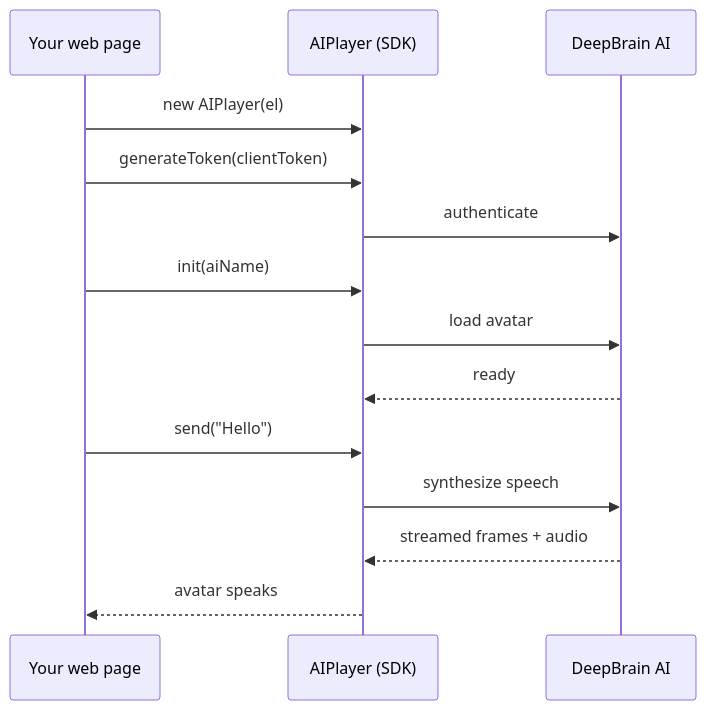
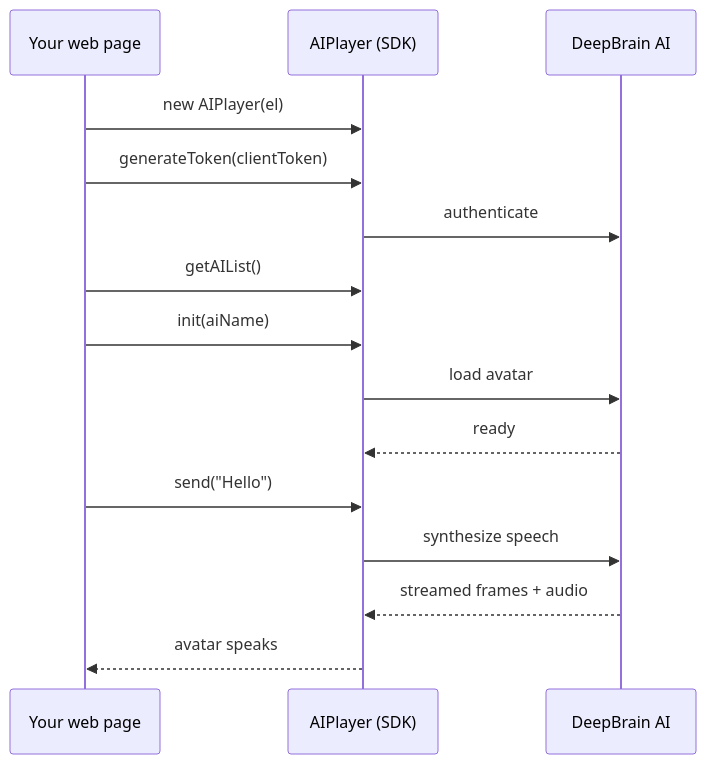
The diagram in localization/i18n/ko/docusaurus-plugin-content-docs/version-1.6.x/aihuman/web-sdk-v2/overview.md (DeepBrain-AI/docs), drawn with Mermaid before and after one commit. The commit also changed other lines of this file and 18 other files, not shown here.

````diff
--- a/localization/i18n/ko/docusaurus-plugin-content-docs/version-1.6.x/aihuman/web-sdk-v2/overview.md
+++ b/localization/i18n/ko/docusaurus-plugin-content-docs/version-1.6.x/aihuman/web-sdk-v2/overview.md
@@ -43,16 +40,17 @@
 ```mermaid
 sequenceDiagram
     participant App as Your web page
     participant SDK as AIPlayer (SDK)
     participant Cloud as DeepBrain AI
     App->>SDK: new AIPlayer(el)
     App->>SDK: generateToken(clientToken)
     SDK->>Cloud: authenticate
+    App->>SDK: getAIList()
     App->>SDK: init(aiName)
     SDK->>Cloud: load avatar
     Cloud-->>SDK: ready
     App->>SDK: send("Hello")
     SDK->>Cloud: synthesize speech
     Cloud-->>SDK: streamed frames + audio
     SDK-->>App: avatar speaks
 ```
````
